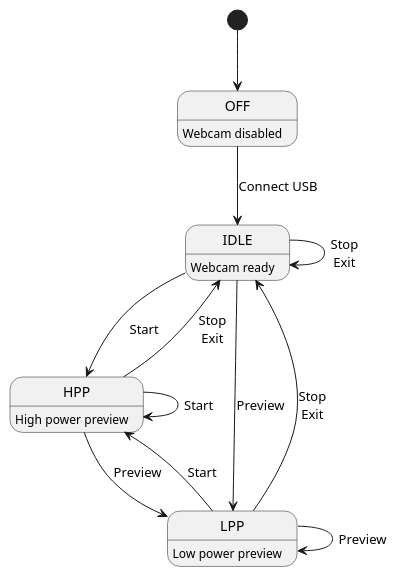
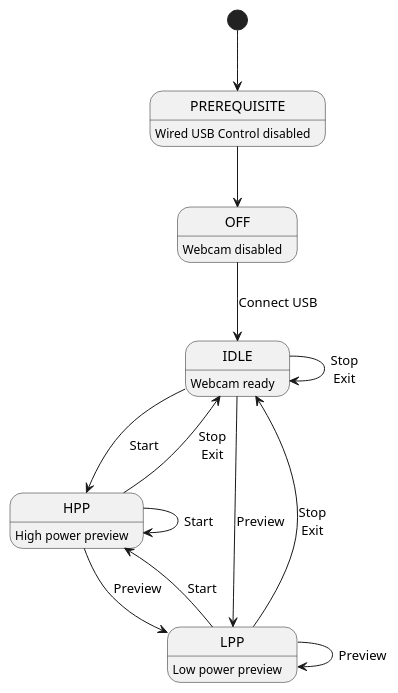
Before and after one commit to gopro/OpenGoPro: the second of 2 diagrams in docs/specs/http_versions/http_2_0.md, drawn with PlantUML. The commit also changed other lines of this file and 28 other files, not shown here.

````diff
--- a/docs/specs/http_versions/http_2_0.md
+++ b/docs/specs/http_versions/http_2_0.md
@@ -658,40 +816,43 @@
 ```plantuml!
 
 
 ' Source:
 '    https://wiki-dev.gopro.com/pages/viewpage.action?spaceKey=SBO&title=Webcam+Http+Endpoint+API
 
 ' Define states
-OFF:    Webcam disabled
-IDLE:   Webcam ready
-HPP:    High power preview
-LPP:    Low power preview
+PREREQUISITE: Wired USB Control disabled
+OFF:          Webcam disabled
+IDLE:         Webcam ready
+HPP:          High power preview
+LPP:          Low power preview
 
 ' Actions:
 '   Connect camera to system via USB
 '   Start
 '   Preview
 '   Stop
 '   Exit
 
 ' Define transitions
-[*]  --> OFF
+[*]          --> PREREQUISITE
 
-OFF  --> IDLE: Connect USB
+PREREQUISITE --> OFF
 
-IDLE --> IDLE: Stop\nExit
-IDLE --> HPP:  Start
-IDLE --> LPP:  Preview
+OFF          --> IDLE: Connect USB
 
-HPP  --> HPP:  Start
-HPP  --> LPP:  Preview
-HPP  --> IDLE: Stop\nExit
+IDLE         --> IDLE: Stop\nExit
+IDLE         --> HPP:  Start
+IDLE         --> LPP:  Preview
 
-LPP  --> LPP:  Preview
-LPP  --> HPP:  Start
-LPP  --> IDLE: Stop\nExit
+HPP          --> HPP:  Start
+HPP          --> LPP:  Preview
+HPP          --> IDLE: Stop\nExit
+
+LPP          --> LPP:  Preview
+LPP          --> HPP:  Start
+LPP          --> IDLE: Stop\nExit
 
 
 
 
 ```
````
